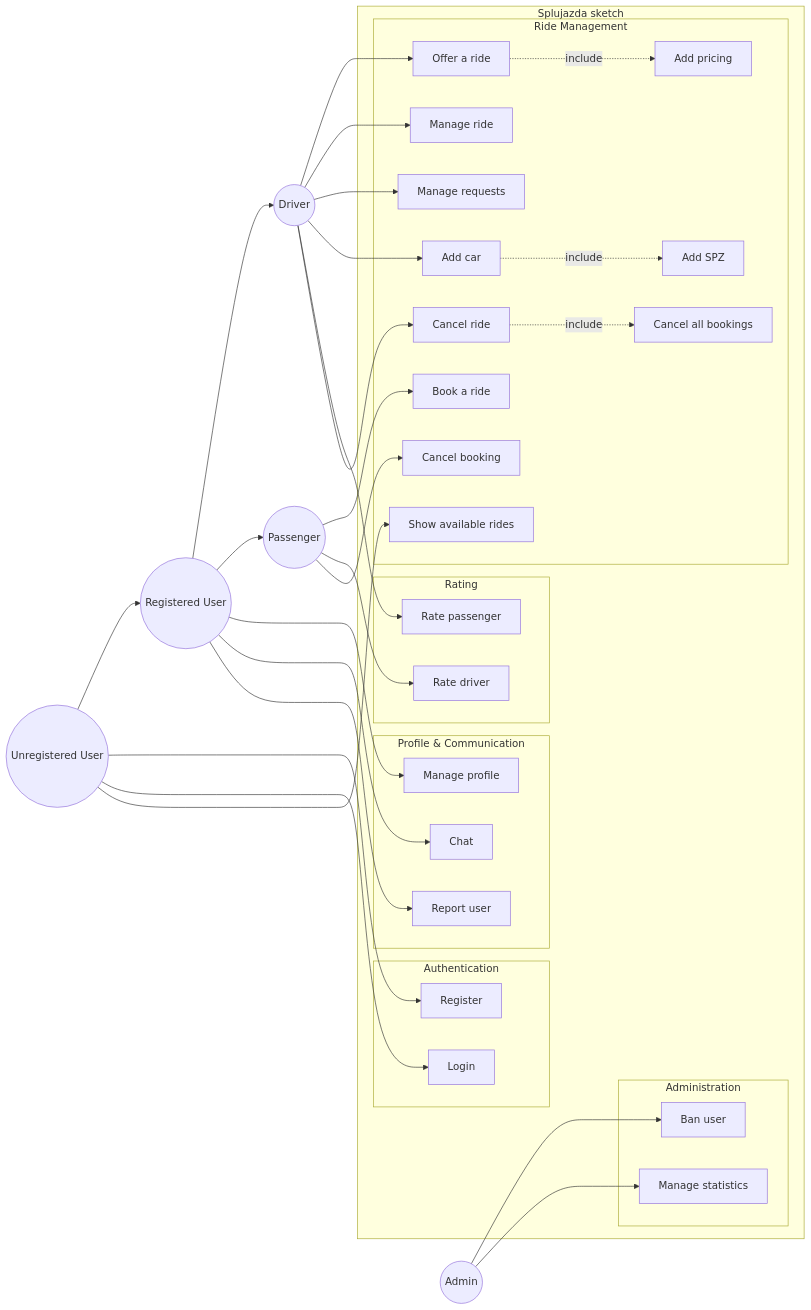
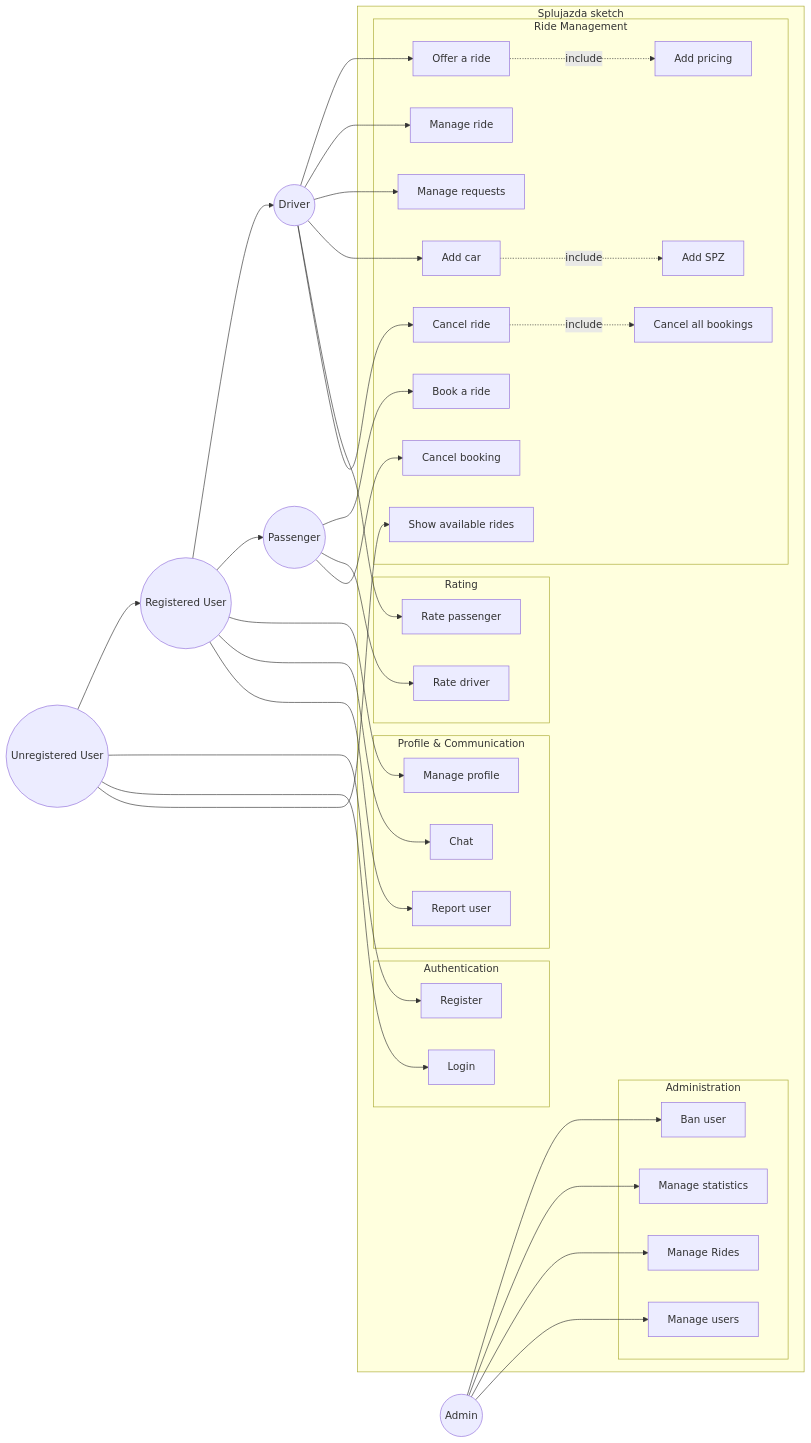
One commit to Dynamo285K/Waymate changed the diagram in diagrams/usecase_diagram.md. Above: the diagram before and after it, drawn with Mermaid. The commit also changed 1 other file, not shown here.

Commit message:
KAN-15: Add new admin use cases to use case diagrams

```diff
--- a/diagrams/usecase_diagram.md
+++ b/diagrams/usecase_diagram.md
@@ -46,6 +46,8 @@
         subgraph "Administration"
             stats[Manage statistics]
             ban[Ban user]
+            manageUsers[Manage users]
+            manageRidesAdmin[Manage Rides]
         end
     end
 
@@ -71,6 +73,8 @@
 
     admin --> ban
     admin --> stats
+    admin --> manageRidesAdmin
+    admin --> manageUsers
 
     %% Include relations
     cancelRide -.->|include| cancelAllBookings
```
